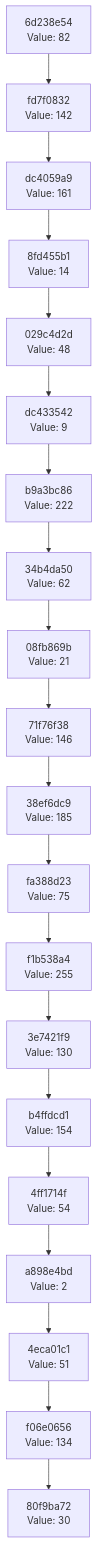
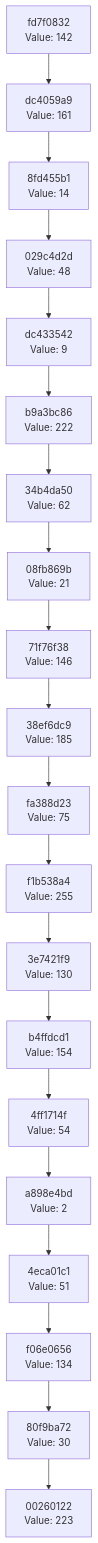
Before and after one commit to Abhisheksinha1506/hash-chain-evolver: the diagram in docs/CHAIN_VISUALIZATION.md, drawn with Mermaid. The commit also changed 2 other files, not shown here.

Commit message:
Evolution step: hash 0xDF → action executed

````diff
--- a/docs/CHAIN_VISUALIZATION.md
+++ b/docs/CHAIN_VISUALIZATION.md
@@ -3,42 +3,42 @@
 ```mermaid
 graph TD
-    C0["80f9ba72<br/>Value: 30"]
-    C1["f06e0656<br/>Value: 134"]
+    C0["00260122<br/>Value: 223"]
+    C1["80f9ba72<br/>Value: 30"]
     C1 --> C0
-    C2["4eca01c1<br/>Value: 51"]
+    C2["f06e0656<br/>Value: 134"]
     C2 --> C1
-    C3["a898e4bd<br/>Value: 2"]
+    C3["4eca01c1<br/>Value: 51"]
     C3 --> C2
-    C4["4ff1714f<br/>Value: 54"]
+    C4["a898e4bd<br/>Value: 2"]
     C4 --> C3
-    C5["b4ffdcd1<br/>Value: 154"]
+    C5["4ff1714f<br/>Value: 54"]
     C5 --> C4
-    C6["3e7421f9<br/>Value: 130"]
+    C6["b4ffdcd1<br/>Value: 154"]
     C6 --> C5
-    C7["f1b538a4<br/>Value: 255"]
+    C7["3e7421f9<br/>Value: 130"]
     C7 --> C6
-    C8["fa388d23<br/>Value: 75"]
+    C8["f1b538a4<br/>Value: 255"]
     C8 --> C7
-    C9["38ef6dc9<br/>Value: 185"]
+    C9["fa388d23<br/>Value: 75"]
     C9 --> C8
-    C10["71f76f38<br/>Value: 146"]
+    C10["38ef6dc9<br/>Value: 185"]
     C10 --> C9
-    C11["08fb869b<br/>Value: 21"]
+    C11["71f76f38<br/>Value: 146"]
     C11 --> C10
-    C12["34b4da50<br/>Value: 62"]
+    C12["08fb869b<br/>Value: 21"]
     C12 --> C11
-    C13["b9a3bc86<br/>Value: 222"]
+    C13["34b4da50<br/>Value: 62"]
     C13 --> C12
-    C14["dc433542<br/>Value: 9"]
+    C14["b9a3bc86<br/>Value: 222"]
     C14 --> C13
-    C15["029c4d2d<br/>Value: 48"]
+    C15["dc433542<br/>Value: 9"]
     C15 --> C14
-    C16["8fd455b1<br/>Value: 14"]
+    C16["029c4d2d<br/>Value: 48"]
     C16 --> C15
-    C17["dc4059a9<br/>Value: 161"]
+    C17["8fd455b1<br/>Value: 14"]
     C17 --> C16
-    C18["fd7f0832<br/>Value: 142"]
+    C18["dc4059a9<br/>Value: 161"]
     C18 --> C17
-    C19["6d238e54<br/>Value: 82"]
+    C19["fd7f0832<br/>Value: 142"]
     C19 --> C18
 ```
````
